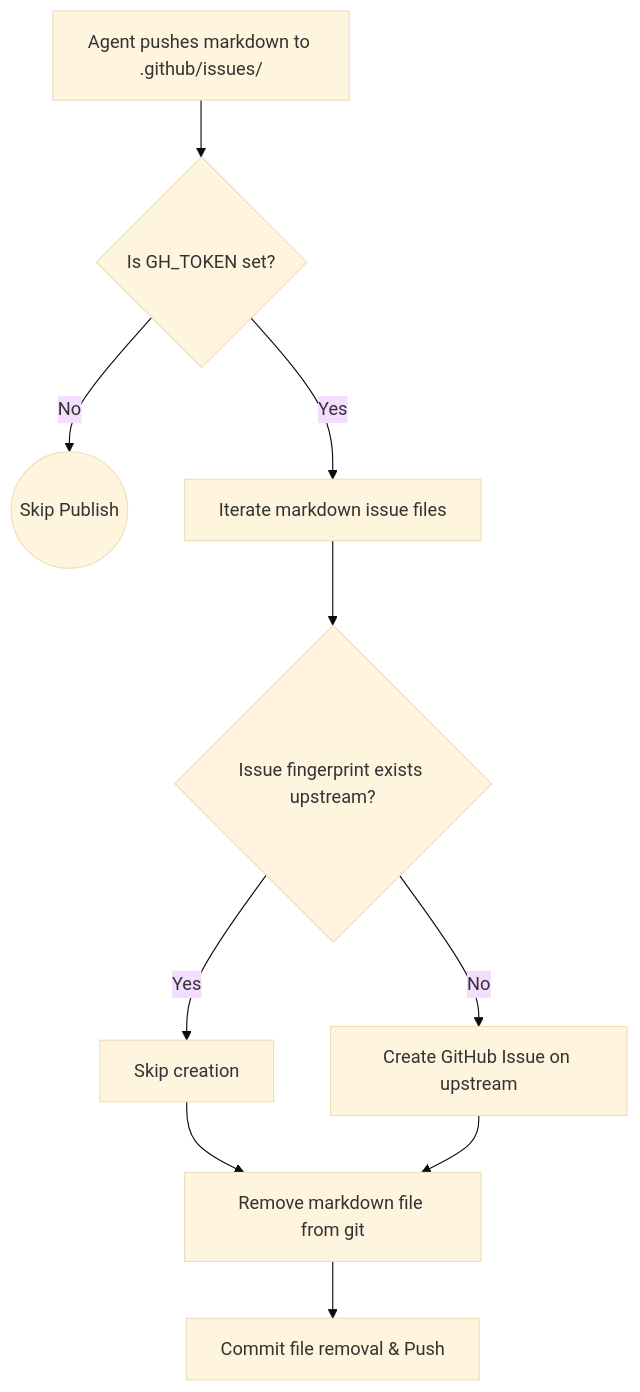
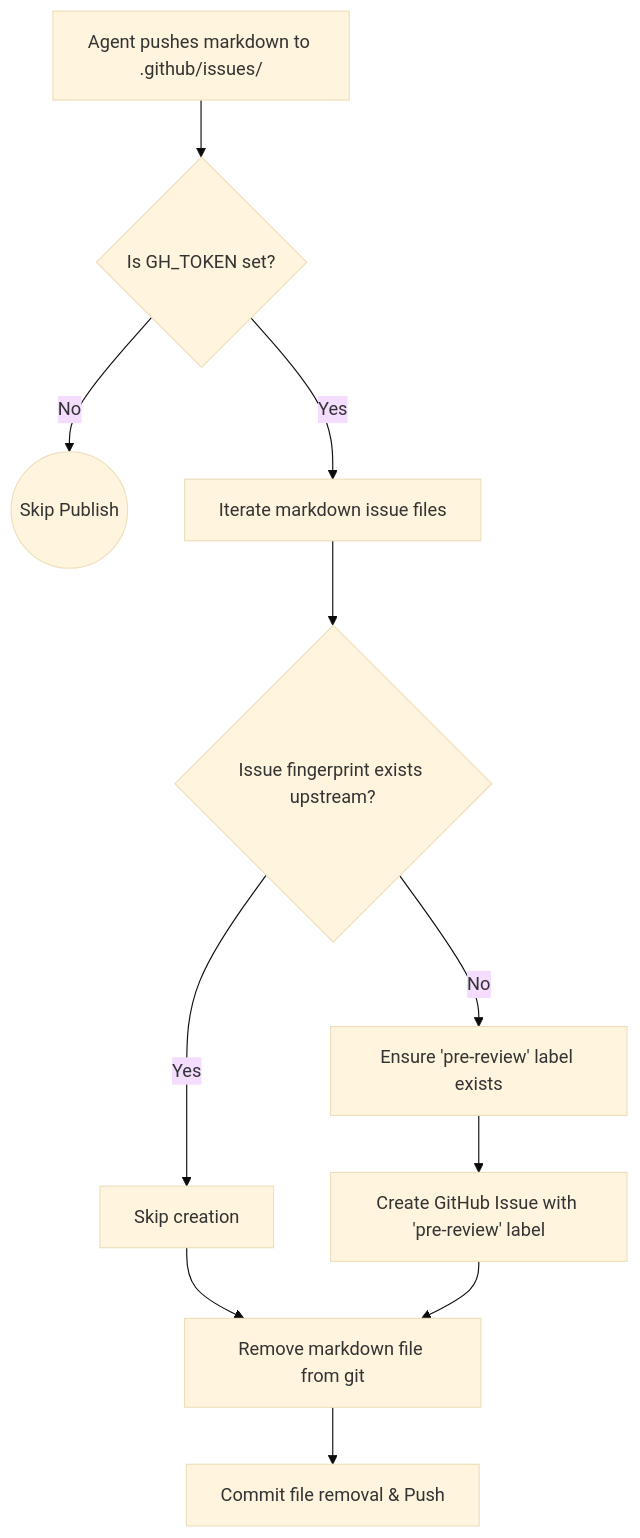
Before and after one commit to LokiMetaSmith/keystone-polyphony: the third of 6 diagrams in docs/ci-cd.md, drawn with Mermaid (base theme). The commit also changed other lines of this file and 4 other files, not shown here.

````diff
--- a/docs/ci-cd.md
+++ b/docs/ci-cd.md
@@ -50,12 +50,13 @@
 ```mermaid
 graph TD
     A[Agent pushes markdown to .github/issues/] --> B{Is GH_TOKEN set?}
     B -- No --> C((Skip Publish))
     B -- Yes --> D[Iterate markdown issue files]
     D --> E{Issue fingerprint exists upstream?}
     E -- Yes --> F[Skip creation]
-    E -- No --> G[Create GitHub Issue on upstream]
-    F --> H[Remove markdown file from git]
-    G --> H
-    H --> I[Commit file removal & Push]
+    E -- No --> G[Ensure 'pre-review' label exists]
+    G --> H[Create GitHub Issue with 'pre-review' label]
+    F --> I[Remove markdown file from git]
+    H --> I
+    I --> J[Commit file removal & Push]
 ```
````
